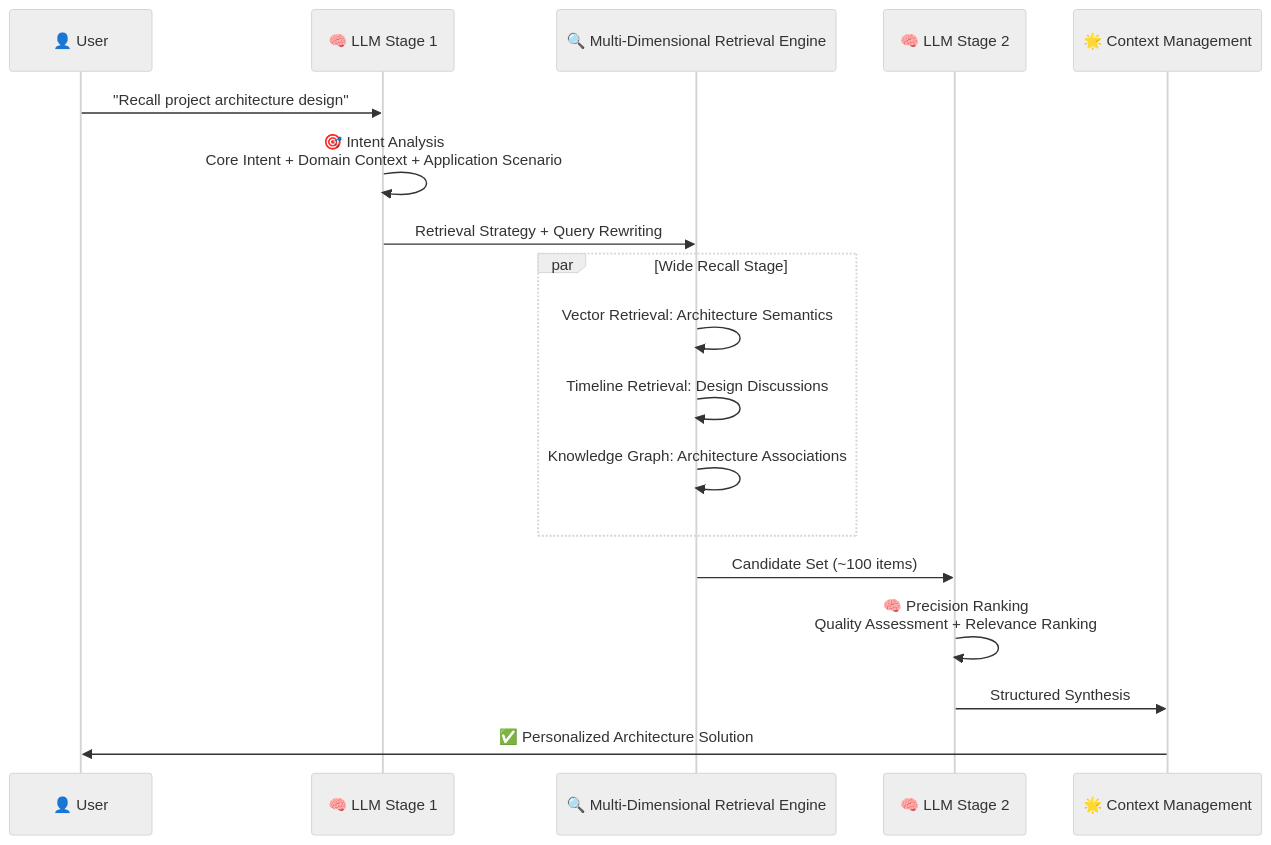
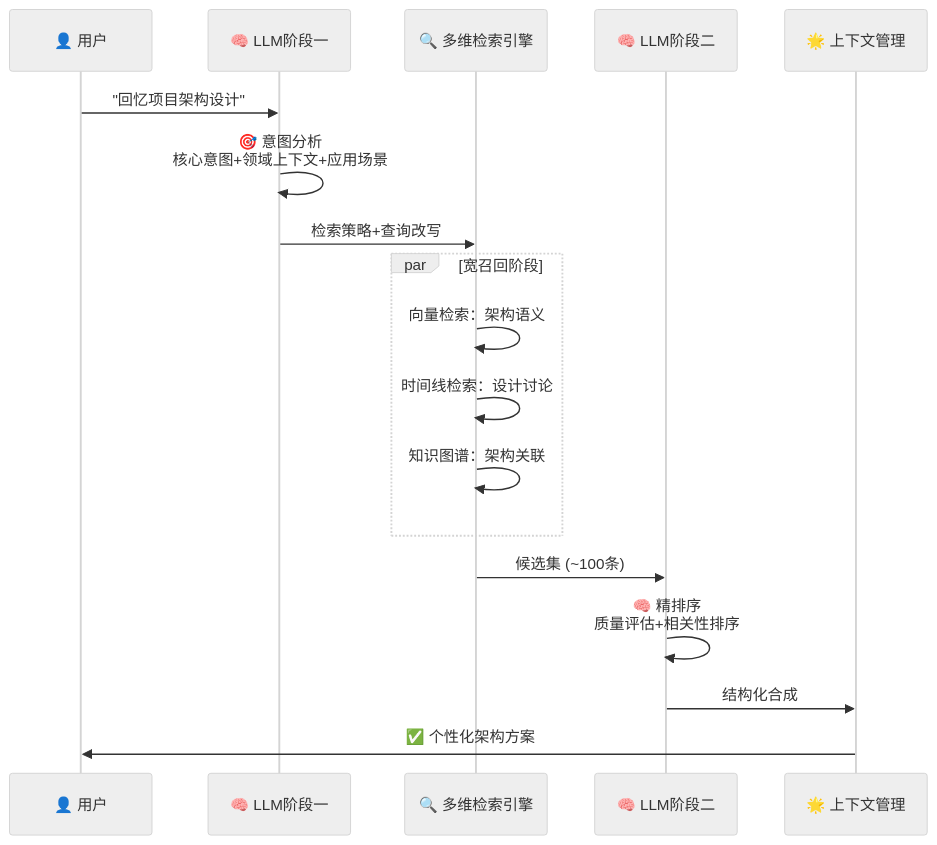
One commit to GitEnglish/emergent-corpus-L2-context-keeper changed the second of 5 diagrams in README.md. Above: the diagram before and after it, drawn with Mermaid (neutral theme). The commit also changed other lines of this file and 2 other files, not shown here.

````diff
--- a/README.md
+++ b/README.md
@@ -173,23 +173,23 @@
 ```mermaid
 sequenceDiagram
-    participant User as 👤 User
-    participant LLM1 as 🧠 LLM Stage 1
-    participant MDRE as 🔍 Multi-Dimensional Retrieval Engine
-    participant LLM2 as 🧠 LLM Stage 2
-    participant Context as 🌟 Context Management
+    participant User as 👤 用户
+    participant LLM1 as 🧠 LLM阶段一
+    participant MDRE as 🔍 多维检索引擎
+    participant LLM2 as 🧠 LLM阶段二
+    participant Context as 🌟 上下文管理
     
-    User->>LLM1: "Recall project architecture design"
-    LLM1->>LLM1: 🎯 Intent Analysis<br/>Core Intent + Domain Context + Application Scenario
-    LLM1->>MDRE: Retrieval Strategy + Query Rewriting
+    User->>LLM1: "回忆项目架构设计"
+    LLM1->>LLM1: 🎯 意图分析<br/>核心意图+领域上下文+应用场景
+    LLM1->>MDRE: 检索策略+查询改写
     
-    par Wide Recall Stage
-        MDRE->>MDRE: Vector Retrieval: Architecture Semantics
-        MDRE->>MDRE: Timeline Retrieval: Design Discussions
-        MDRE->>MDRE: Knowledge Graph: Architecture Associations
+    par 宽召回阶段
+        MDRE->>MDRE: 向量检索：架构语义
+        MDRE->>MDRE: 时间线检索：设计讨论
+        MDRE->>MDRE: 知识图谱：架构关联
     end
     
-    MDRE->>LLM2: Candidate Set (~100 items)
-    LLM2->>LLM2: 🧠 Precision Ranking<br/>Quality Assessment + Relevance Ranking
-    LLM2->>Context: Structured Synthesis
-    Context->>User: ✅ Personalized Architecture Solution
+    MDRE->>LLM2: 候选集 (~100条)
+    LLM2->>LLM2: 🧠 精排序<br/>质量评估+相关性排序
+    LLM2->>Context: 结构化合成
+    Context->>User: ✅ 个性化架构方案
 ```
````
